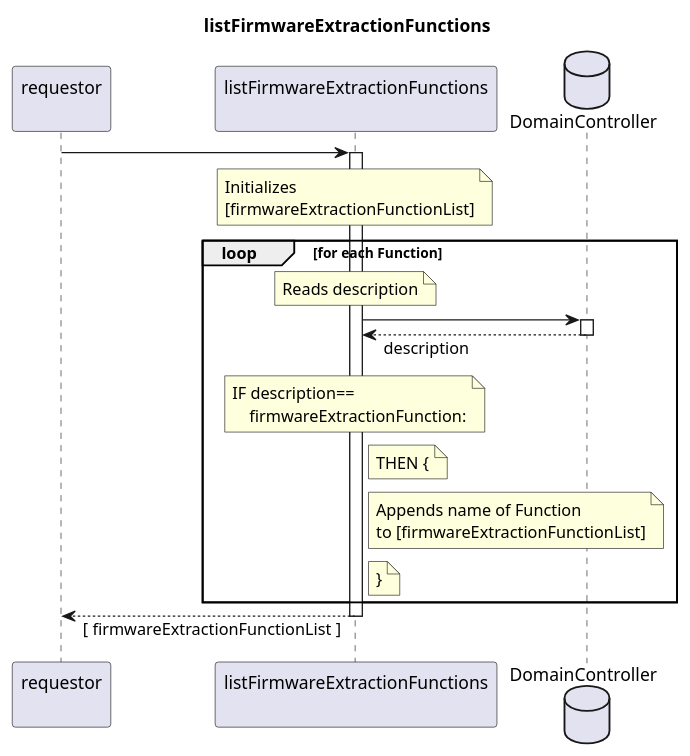
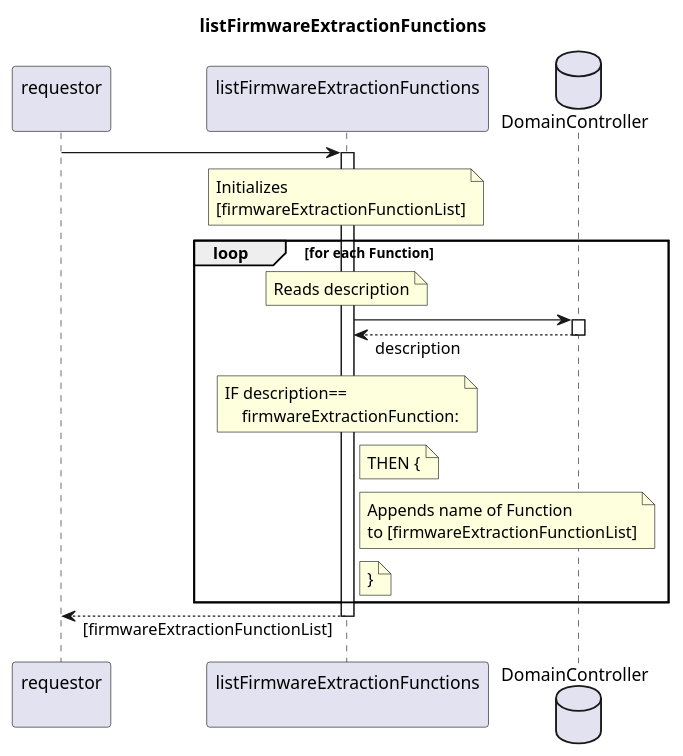
The diagram in spec/Services/listFirmwareExtractionFunctions/1.0.0/listFirmwareExtractionFunctions.plantuml (openBackhaul/FirmWareManager), drawn with PlantUML before and after one commit. The commit also changed 27 other files, not shown here.

```diff
--- a/spec/Services/listFirmwareExtractionFunctions/1.0.0/listFirmwareExtractionFunctions.plantuml
+++ b/spec/Services/listFirmwareExtractionFunctions/1.0.0/listFirmwareExtractionFunctions.plantuml
@@ -1,47 +1,47 @@
 @startuml listFirmwareExtractionFunctions
 skinparam responseMessageBelowArrow true
 
 title
   listFirmwareExtractionFunctions
 end title
 
 participant "requestor\n" as requestor
 participant "listFirmwareExtractionFunctions\n" as indServ
 database "DomainController" as DC
 
 requestor -> indServ
 activate indServ
 
   note over indServ
     Initializes
     [firmwareExtractionFunctionList]
   end note
 
   loop for each Function
     note over indServ
       Reads description
     end note
     indServ -> DC
     activate DC
     indServ <-- DC: description
     deactivate DC
     note over indServ
       IF description==
           firmwareExtractionFunction:
     end note
     note right indServ
       THEN {
     end note
     note right indServ
       Appends name of Function
       to [firmwareExtractionFunctionList]
     end note
     note right indServ
       }
     end note
   end loop
 
-requestor <-- indServ: [ firmwareExtractionFunctionList ]
+requestor <-- indServ: [firmwareExtractionFunctionList]
 deactivate indServ
 
 @enduml
```
